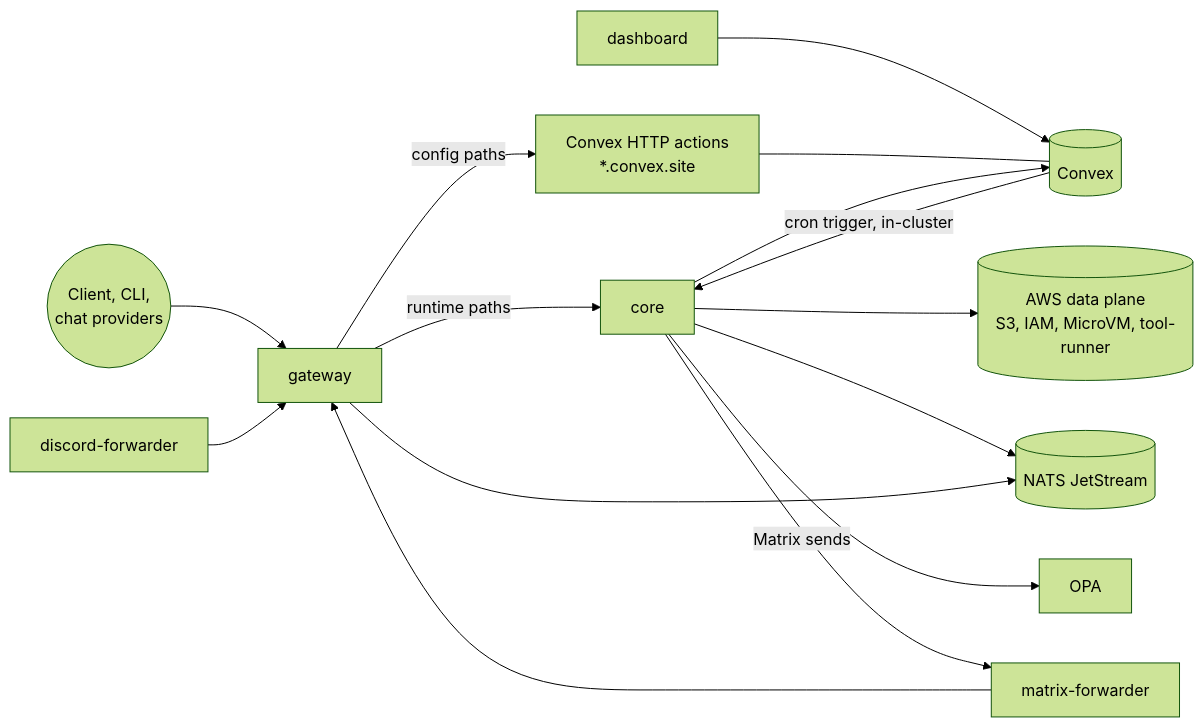
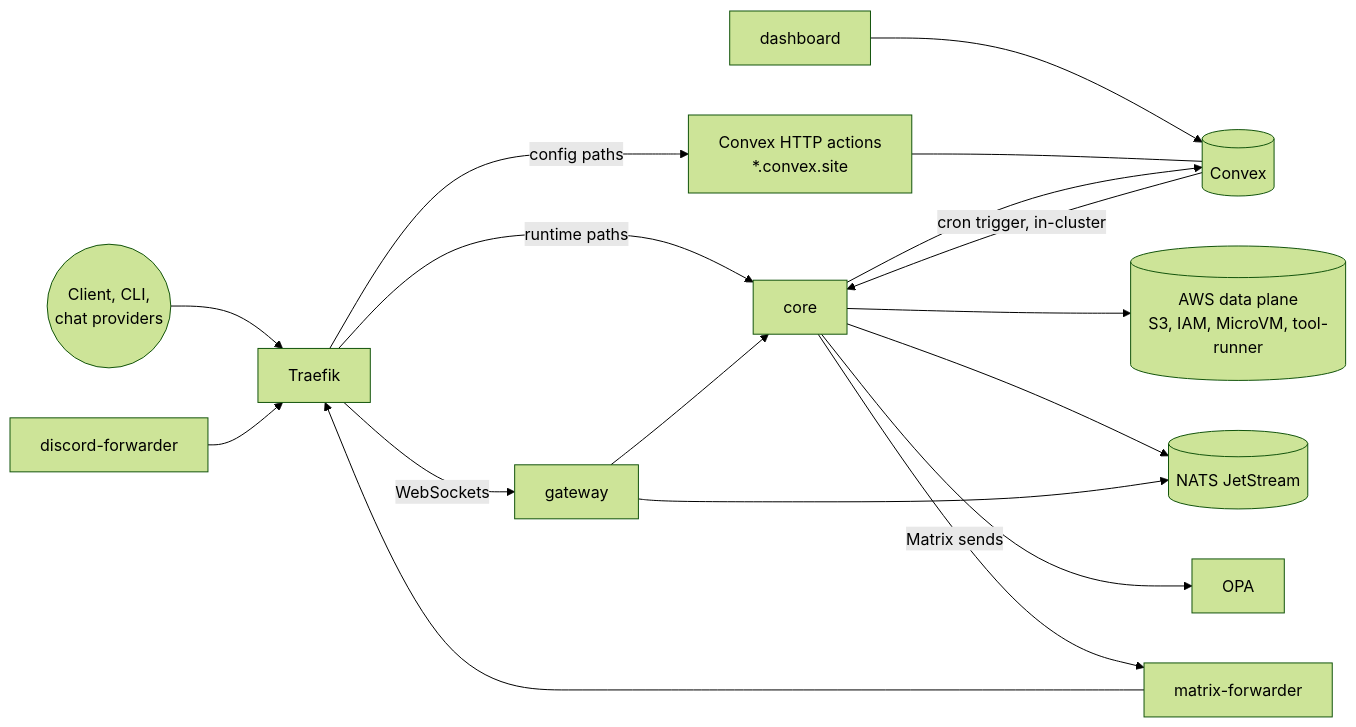
The diagram in apps/docs/docs/internals/self-hosting.md (beeblastco/broods), drawn with Mermaid (forest theme) before and after one commit. The commit also changed other lines of this file and 33 other files, not shown here.

````diff
--- a/apps/docs/docs/internals/self-hosting.md
+++ b/apps/docs/docs/internals/self-hosting.md
@@ -9,17 +9,19 @@
 ```mermaid
 flowchart LR
-  Client((Client, CLI,<br/>chat providers)) --> Gateway[gateway]
-  Gateway -->|runtime paths| Core[core]
-  Gateway -->|config paths| Site["Convex HTTP actions<br/>*.convex.site"]
+  Client((Client, CLI,<br/>chat providers)) --> Traefik
+  Traefik -->|runtime paths| Core[core]
+  Traefik -->|config paths| Site["Convex HTTP actions<br/>*.convex.site"]
+  Traefik -->|WebSockets| Gateway[gateway]
+  Gateway --> Core
   Dashboard[dashboard] --> Convex[(Convex)]
   Site --- Convex
   Core --> Convex
   Core --> AWS[("AWS data plane<br/>S3, IAM, MicroVM, tool-runner")]
   Core --> NATS[(NATS JetStream)]
   Core --> OPA[OPA]
   Gateway --> NATS
-  DFwd[discord-forwarder] --> Gateway
-  MFwd[matrix-forwarder] --> Gateway
+  DFwd[discord-forwarder] --> Traefik
+  MFwd[matrix-forwarder] --> Traefik
   Core -->|Matrix sends| MFwd
   Convex -->|cron trigger, in-cluster| Core
 ```
````
